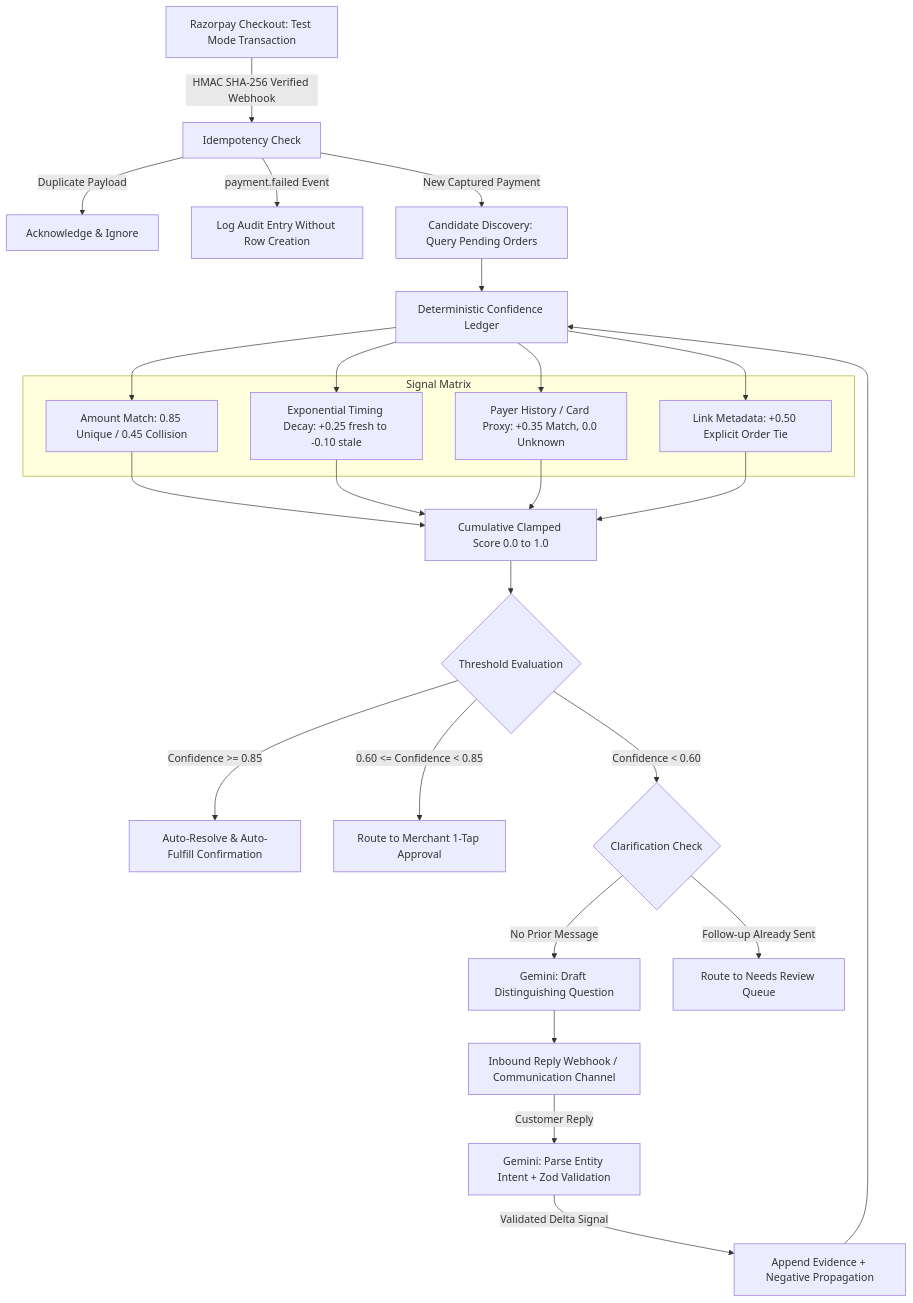
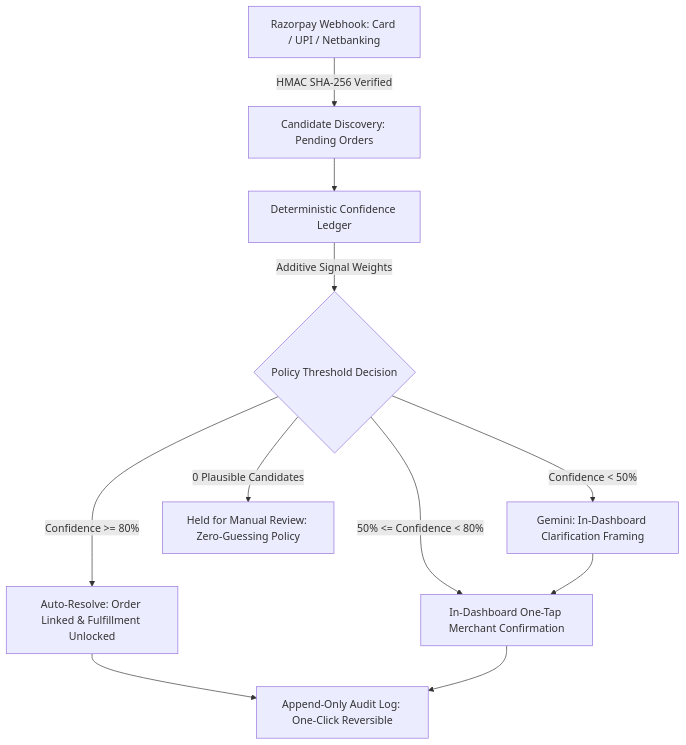
One commit to prathameshmore07/kisne-bheja changed the diagram in README.md. Above: the diagram before and after it, drawn with Mermaid. The commit also changed other lines of this file and 36 other files, not shown here.

First line of the commit message:
feat(controller): complete Track 04 AI Finance Controller architecture, UX build, and documentation

````diff
--- a/README.md
+++ b/README.md
@@ -25,32 +22,13 @@
 ```mermaid
 flowchart TD
-    A[Razorpay Checkout: Test Mode Transaction] -->|HMAC SHA-256 Verified Webhook| B[Idempotency Check]
-    B -->|Duplicate Payload| B1[Acknowledge & Ignore]
-    B -->|payment.failed Event| B2[Log Audit Entry Without Row Creation]
-    B -->|New Captured Payment| C[Candidate Discovery: Query Pending Orders]
-    
-    C --> D[Deterministic Confidence Ledger]
-    
-    subgraph Signal Matrix
-        D1[Amount Match: 0.85 Unique / 0.45 Collision]
-        D2[Exponential Timing Decay: +0.25 fresh to -0.10 stale]
-        D3[Payer History / Card Proxy: +0.35 Match, 0.0 Unknown]
-        D4[Link Metadata: +0.50 Explicit Order Tie]
-    end
-    
-    D --> D1 & D2 & D3 & D4
-    D1 & D2 & D3 & D4 --> E[Cumulative Clamped Score 0.0 to 1.0]
-    
-    E --> F{Threshold Evaluation}
-    F -->|Confidence >= 0.85| G[Auto-Resolve & Auto-Fulfill Confirmation]
-    F -->|0.60 <= Confidence < 0.85| H[Route to Merchant 1-Tap Approval]
-    F -->|Confidence < 0.60| I{Clarification Check}
-    
-    I -->|No Prior Message| J[Gemini: Draft Distinguishing Question]
-    J --> K[Inbound Reply Webhook / Communication Channel]
-    K -->|Customer Reply| L[Gemini: Parse Entity Intent + Zod Validation]
-    L -->|Validated Delta Signal| M[Append Evidence + Negative Propagation]
-    M --> D
-    
-    I -->|Follow-up Already Sent| N[Route to Needs Review Queue]
+    A[Razorpay Webhook: Card / UPI / Netbanking] -->|HMAC SHA-256 Verified| B[Candidate Discovery: Pending Orders]
+    B --> C[Deterministic Confidence Ledger]
+    C -->|Additive Signal Weights| D{Policy Threshold Decision}
+    D -->|Confidence >= 80%| E[Auto-Resolve: Order Linked & Fulfillment Unlocked]
+    D -->|50% <= Confidence < 80%| F[In-Dashboard One-Tap Merchant Confirmation]
+    D -->|Confidence < 50%| G[Gemini: In-Dashboard Clarification Framing]
+    G --> F
+    D -->|0 Plausible Candidates| H[Held for Manual Review: Zero-Guessing Policy]
+    E --> I[Append-Only Audit Log: One-Click Reversible]
+    F --> I
 ```
````
